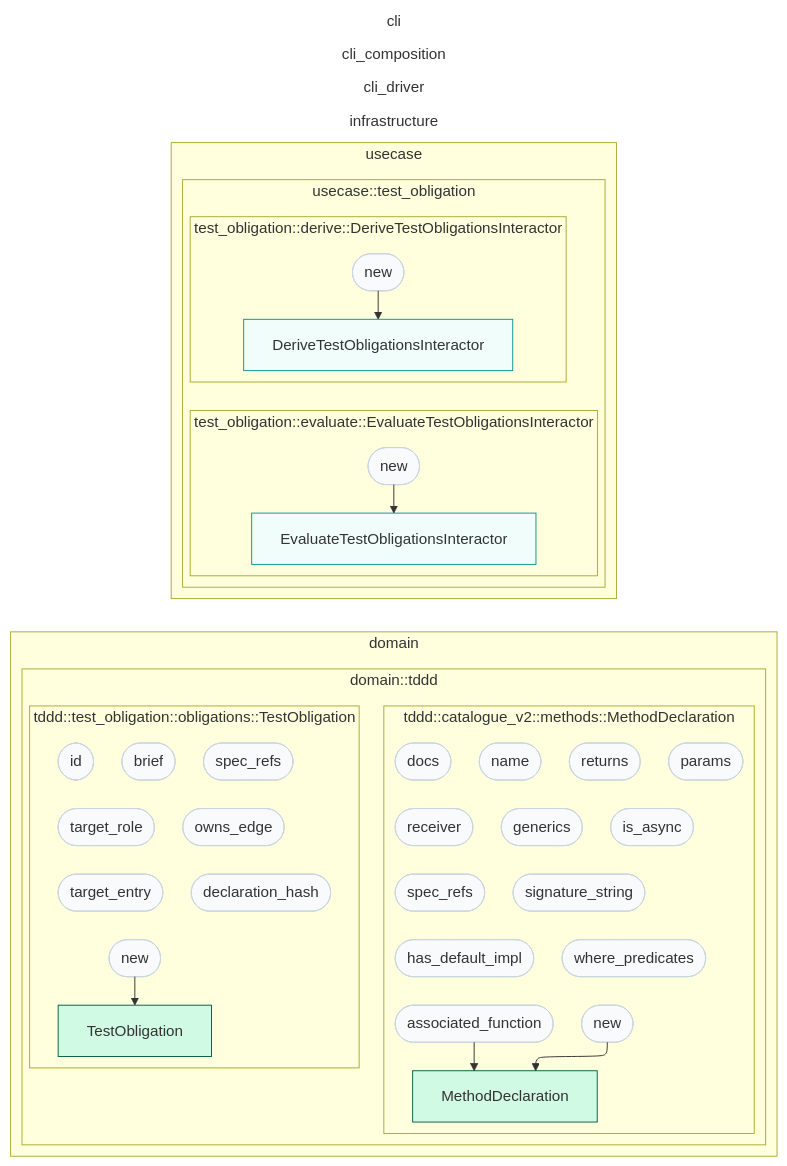
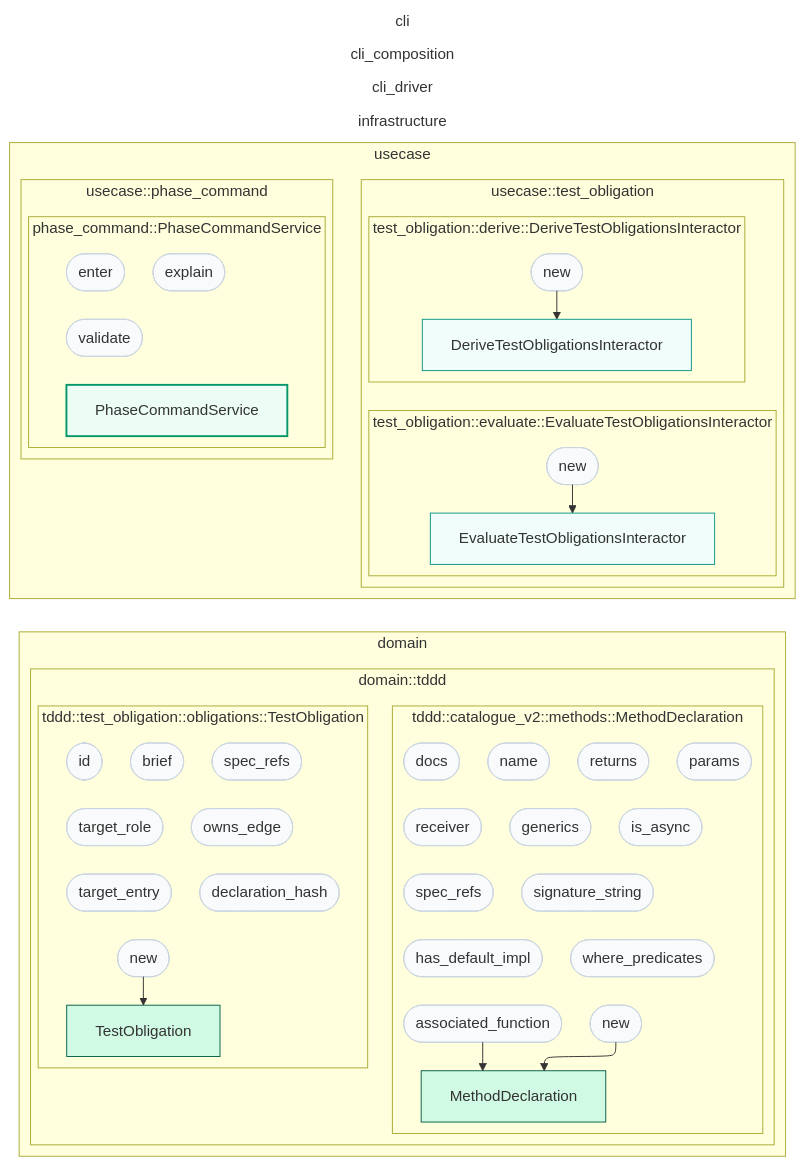
The diagram in track/items/2026-08-13-test-obligation-method-anchor-ownership/contract-map.md (Flip451/SoTOHE-core), drawn with Mermaid before and after one commit. The commit also changed 20 other files, not shown here.

```diff
--- a/track/items/2026-08-13-test-obligation-method-anchor-ownership/contract-map.md
+++ b/track/items/2026-08-13-test-obligation-method-anchor-ownership/contract-map.md
@@ -69,6 +69,16 @@
 end
 subgraph usecase["usecase"]
   direction TB
+  subgraph usecase_usecase_module_phase_command["usecase::phase_command"]
+    direction TB
+  subgraph R35_usecase_usecase_PhaseCommandService["phase_command::PhaseCommandService"]
+    direction TB
+    R35_usecase_usecase_PhaseCommandService__self[PhaseCommandService]
+    R35_usecase_usecase_PhaseCommandService_validate([validate])
+    R35_usecase_usecase_PhaseCommandService_explain([explain])
+    R35_usecase_usecase_PhaseCommandService_enter([enter])
+  end
+  end
   subgraph usecase_usecase_module_test_obligation["usecase::test_obligation"]
     direction TB
   subgraph T47_usecase_usecase_DeriveTestObligationsInteractor["test_obligation::derive::DeriveTestObligationsInteractor"]
@@ -123,6 +133,10 @@
 class T28_domain_domain_TestObligation_spec_refs method_node
 class T28_domain_domain_TestObligation_owns_edge method_node
 class T28_domain_domain_TestObligation__self value_object
+class R35_usecase_usecase_PhaseCommandService_validate method_node
+class R35_usecase_usecase_PhaseCommandService_explain method_node
+class R35_usecase_usecase_PhaseCommandService_enter method_node
+class R35_usecase_usecase_PhaseCommandService__self app_service
 class T47_usecase_usecase_DeriveTestObligationsInteractor_new method_node
 class T47_usecase_usecase_DeriveTestObligationsInteractor__self interactor
 class T49_usecase_usecase_EvaluateTestObligationsInteractor_new method_node
```
